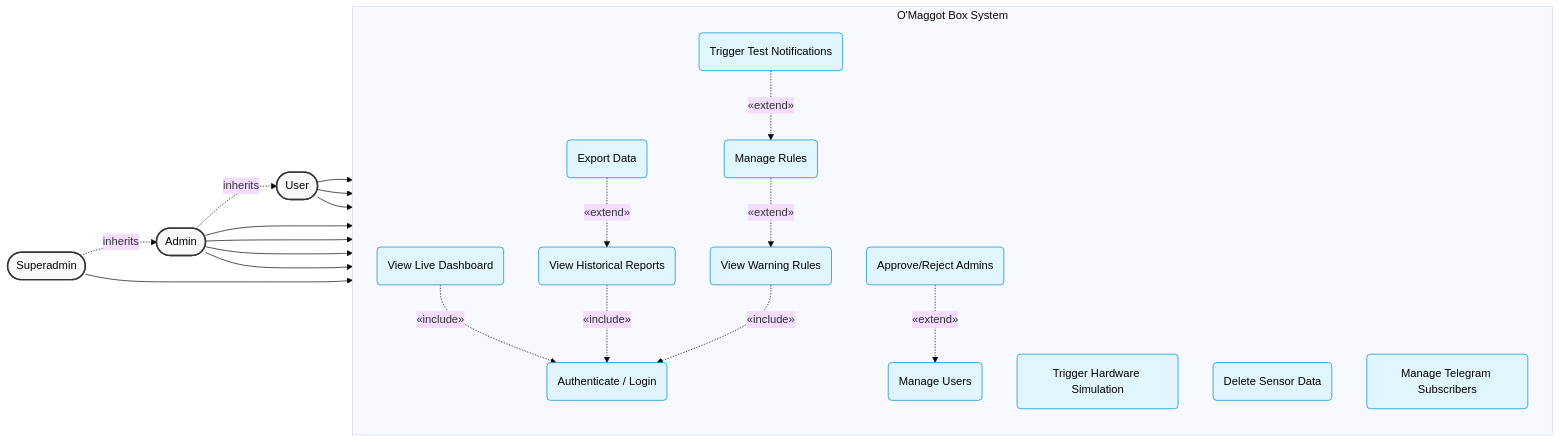
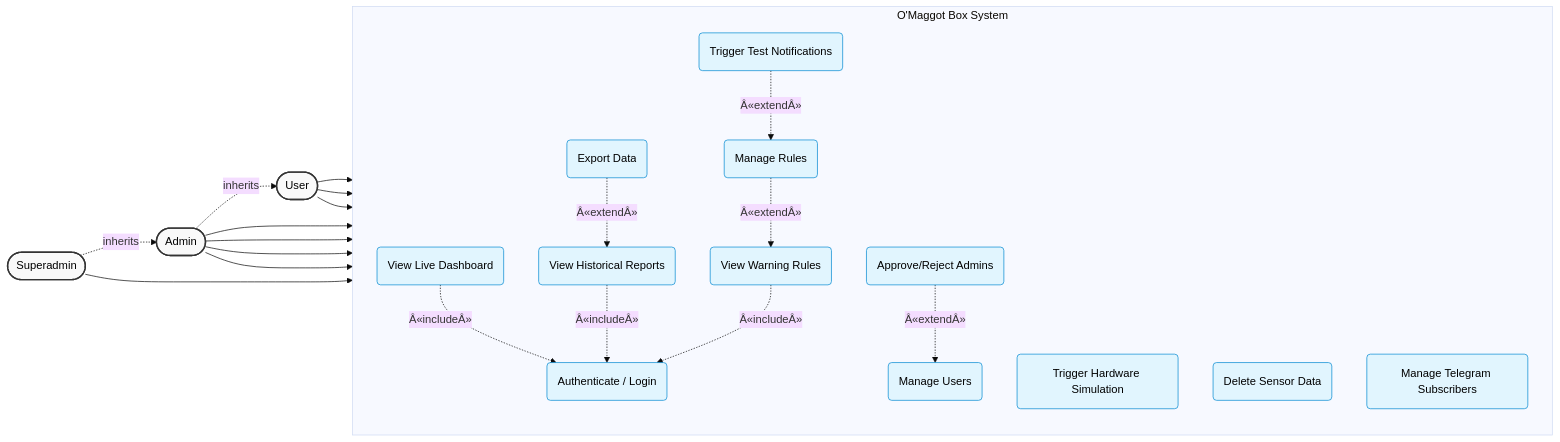
One commit to boyishwara/omaggot changed the fourth of 5 diagrams in README.md. Above: the diagram before and after it, drawn with Mermaid (base theme). The commit also changed other lines of this file and 1 other file, not shown here.

Commit message:
docs: add comprehensive architectural deep dive to README and update gitignore

````diff
--- a/README.md
+++ b/README.md
@@ -219,62 +318,62 @@
 ```mermaid
 flowchart LR
     %% Actors
     User([User])
     Admin([Admin])
     Superadmin([Superadmin])
 
     %% Inheritance (Generalization)
     Superadmin -.->|inherits| Admin
     Admin -.->|inherits| User
 
     %% System Boundary
     subgraph O_Maggot_System [O'Maggot Box System]
         direction TB
         
         %% Use Cases
         UC_Auth(Authenticate / Login)
         
         UC_Dash(View Live Dashboard)
         UC_Rep(View Historical Reports)
         UC_Exp(Export Data)
         
         UC_ViewRule(View Warning Rules)
         UC_MgmtRule(Manage Rules)
         UC_TestNotif(Trigger Test Notifications)
         
         UC_Simulate(Trigger Hardware Simulation)
         UC_DelData(Delete Sensor Data)
         UC_Subscribers(Manage Telegram Subscribers)
         
         UC_UserMgmt(Manage Users)
         UC_Approve(Approve/Reject Admins)
 
         %% Include relationships (Mandatory)
-        UC_Dash -.->|"«include»"| UC_Auth
-        UC_Rep -.->|"«include»"| UC_Auth
-        UC_ViewRule -.->|"«include»"| UC_Auth
+        UC_Dash -.->|"Â«includeÂ»"| UC_Auth
+        UC_Rep -.->|"Â«includeÂ»"| UC_Auth
+        UC_ViewRule -.->|"Â«includeÂ»"| UC_Auth
         
         %% Extend relationships (Optional behavior)
-        UC_Exp -.->|"«extend»"| UC_Rep
-        UC_MgmtRule -.->|"«extend»"| UC_ViewRule
-        UC_TestNotif -.->|"«extend»"| UC_MgmtRule
-        UC_Approve -.->|"«extend»"| UC_UserMgmt
+        UC_Exp -.->|"Â«extendÂ»"| UC_Rep
+        UC_MgmtRule -.->|"Â«extendÂ»"| UC_ViewRule
+        UC_TestNotif -.->|"Â«extendÂ»"| UC_MgmtRule
+        UC_Approve -.->|"Â«extendÂ»"| UC_UserMgmt
     end
 
     %% Actor to Use Case Relationships
     User --> UC_Dash
     User --> UC_Rep
     User --> UC_ViewRule
 
     Admin --> UC_MgmtRule
     Admin --> UC_Simulate
     Admin --> UC_DelData
     Admin --> UC_Subscribers
 
     Superadmin --> UC_UserMgmt
 
     classDef actor fill:#f9f9f9,stroke:#333,stroke-width:2px,color:#000000;
     classDef usecase fill:#e1f5fe,stroke:#0288d1,stroke-width:1px,color:#000000;
     class User,Admin,Superadmin actor;
     class UC_Auth,UC_Dash,UC_Rep,UC_Exp,UC_ViewRule,UC_MgmtRule,UC_TestNotif,UC_Simulate,UC_DelData,UC_Subscribers,UC_UserMgmt,UC_Approve usecase;
 ```
````
